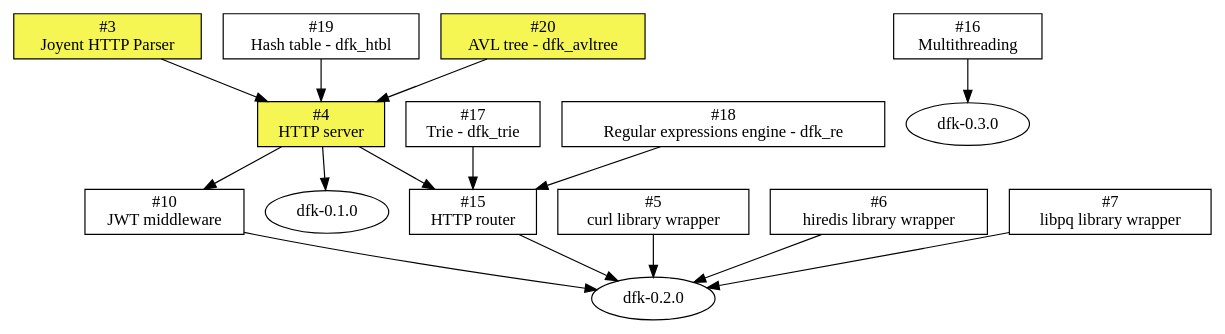
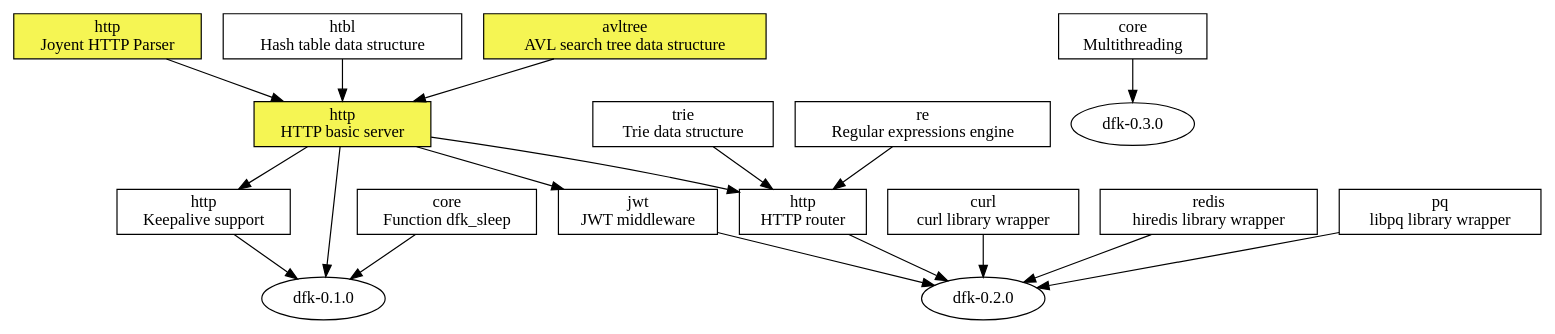
The diagram in doc/roadmap.dot (isn-/dfk), drawn with Graphviz before and after one commit. The commit also changed 1 other file, not shown here.

Commit message:
doc: Update roadmap

```diff
--- a/doc/roadmap.dot
+++ b/doc/roadmap.dot
@@ -1,48 +1,55 @@
 digraph "DFK Library Roadmap - Current" {
   node [shape=box];
   ratio="compress";
 
-  http_parser [label="#3\nJoyent HTTP Parser" style=filled fillcolor="#F5F553"];
+  http_parser [label="http\nJoyent HTTP Parser" style=filled fillcolor="#F5F553"];
 
-  http_server [label="#4\nHTTP server" style=filled fillcolor="#F5F553"];
+  http_server [label="http\nHTTP basic server" style=filled fillcolor="#F5F553"];
     http_parser -> http_server
     htbl -> http_server
     avltree -> http_server
 
-  curl [label="#5\ncurl library wrapper"];
+  keepalive [label="http\nKeepalive support"];
+    http_server -> keepalive;
 
-  redis [label="#6\nhiredis library wrapper"];
+  curl [label="curl\ncurl library wrapper"];
 
-  libpq [label="#7\nlibpq library wrapper"];
+  redis [label="redis\nhiredis library wrapper"];
 
-  jwt [label="#10\nJWT middleware"];
+  libpq [label="pq\nlibpq library wrapper"];
+
+  jwt [label="jwt\nJWT middleware"];
     http_server -> jwt;
 
-  mt [label="#16\nMultithreading"];
+  mt [label="core\nMultithreading"];
 
-  trie [label="#17\nTrie - dfk_trie"];
+  trie [label="trie\nTrie data structure"];
 
-  re [label="#18\nRegular expressions engine - dfk_re"];
+  re [label="re\nRegular expressions engine"];
 
-  htbl [label="#19\nHash table - dfk_htbl"];
+  htbl [label="htbl\nHash table data structure"];
 
-  avltree [label="#20\nAVL tree - dfk_avltree" style=filled fillcolor="#F5F553"];
+  avltree [label="avltree\nAVL search tree data structure" style=filled fillcolor="#F5F553"];
 
-  router [label="#15\nHTTP router"];
+  router [label="http\nHTTP router"];
     http_server -> router;
     trie -> router;
     re -> router;
 
+  sleep [label="core\nFunction dfk_sleep"];
+    sleep -> dfk010;
+
   dfk010 [label="dfk-0.1.0" shape=oval];
-    http_server -> dfk010
+    http_server -> dfk010;
+    keepalive -> dfk010;
 
   dfk020 [label="dfk-0.2.0" shape=oval];
     jwt -> dfk020;
     redis -> dfk020;
     curl -> dfk020;
     libpq -> dfk020;
     router -> dfk020;
 
   dfk030 [label="dfk-0.3.0" shape=oval];
     mt -> dfk030;
 }
```
